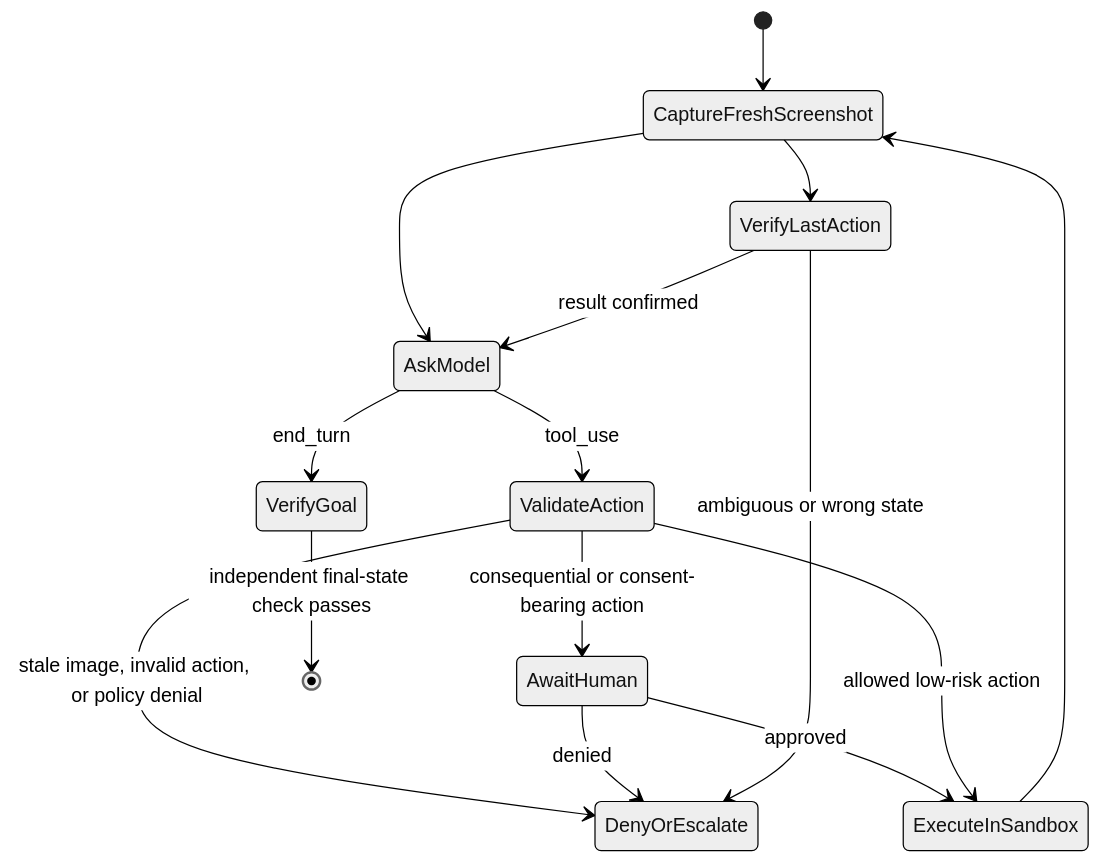
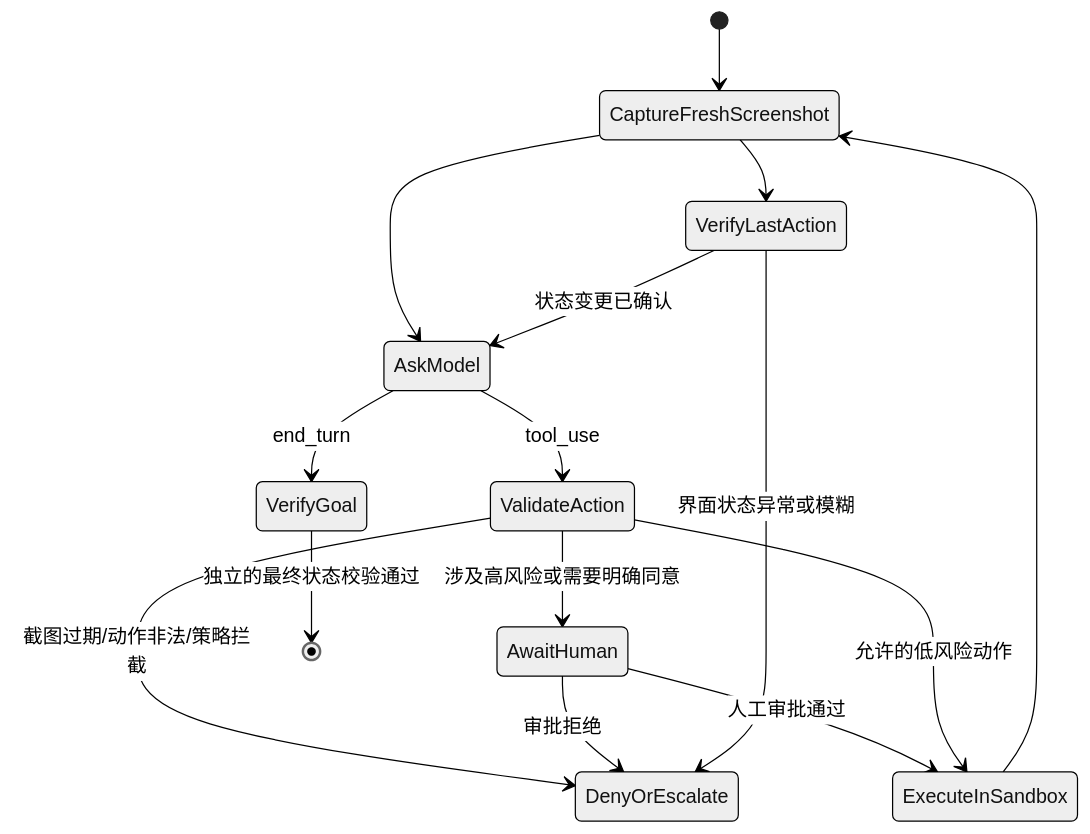
Before and after one commit to cluster1900/ai-engineering-from-scratch-zh: the second of 3 diagrams in certifications/claude/lessons/12-claude-agent-sdk-and-hooks/docs/en.md, drawn with Mermaid (neutral theme). The commit also changed other lines of this file and 187 other files, not shown here.

````diff
--- a/certifications/claude/lessons/12-claude-agent-sdk-and-hooks/docs/en.md
+++ b/certifications/claude/lessons/12-claude-agent-sdk-and-hooks/docs/en.md
@@ -113,17 +115,17 @@
 ```mermaid
 stateDiagram-v2
     [*] --> CaptureFreshScreenshot
     CaptureFreshScreenshot --> AskModel
     AskModel --> ValidateAction: tool_use
     AskModel --> VerifyGoal: end_turn
-    ValidateAction --> DenyOrEscalate: stale image, invalid action, or policy denial
-    ValidateAction --> AwaitHuman: consequential or consent-bearing action
-    AwaitHuman --> ExecuteInSandbox: approved
-    AwaitHuman --> DenyOrEscalate: denied
-    ValidateAction --> ExecuteInSandbox: allowed low-risk action
+    ValidateAction --> DenyOrEscalate: 截图过期/动作非法/策略拦截
+    ValidateAction --> AwaitHuman: 涉及高风险或需要明确同意
+    AwaitHuman --> ExecuteInSandbox: 人工审批通过
+    AwaitHuman --> DenyOrEscalate: 审批拒绝
+    ValidateAction --> ExecuteInSandbox: 允许的低风险动作
     ExecuteInSandbox --> CaptureFreshScreenshot
     CaptureFreshScreenshot --> VerifyLastAction
-    VerifyLastAction --> AskModel: result confirmed
-    VerifyLastAction --> DenyOrEscalate: ambiguous or wrong state
-    VerifyGoal --> [*]: independent final-state check passes
+    VerifyLastAction --> AskModel: 状态变更已确认
+    VerifyLastAction --> DenyOrEscalate: 界面状态异常或模糊
+    VerifyGoal --> [*]: 独立的最终状态校验通过
 ```
````
